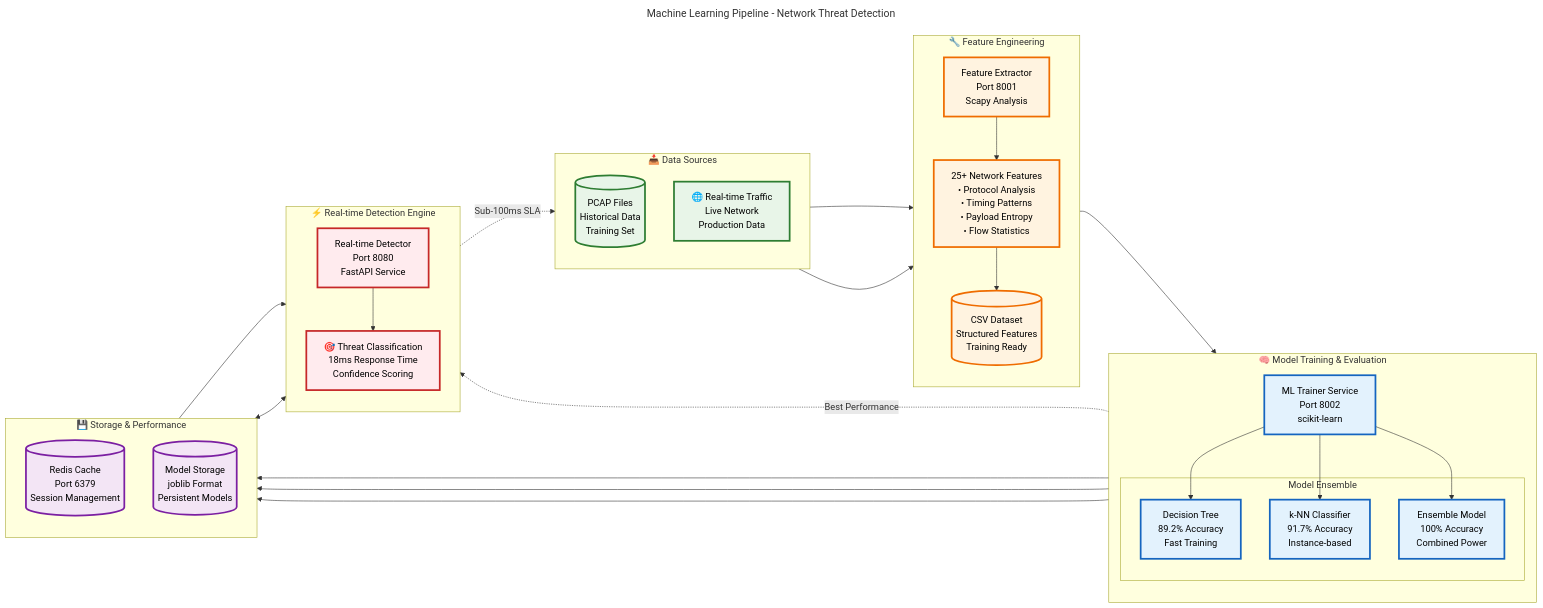
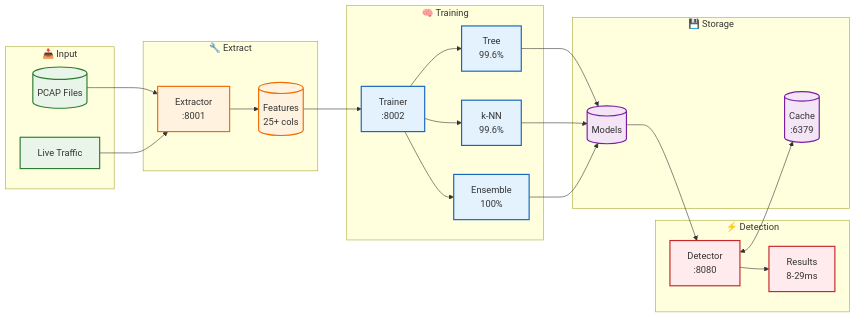
One commit to holdennguyen/suricata-ml-ids changed the third of 5 diagrams in README.md. Above: the diagram before and after it, drawn with Mermaid. The commit also changed other lines of this file and 6 other files, not shown here.

````diff
--- a/README.md
+++ b/README.md
@@ -249,84 +170,56 @@
 ```mermaid
----
-title: Machine Learning Pipeline - Network Threat Detection
----
 flowchart LR
-    %% Data Sources
-    subgraph INPUT ["📥 Data Sources"]
-        direction TB
-        PCAP[(PCAP Files<br/>Historical Data<br/>Training Set)]
-        RT[🌐 Real-time Traffic<br/>Live Network<br/>Production Data]
+    subgraph INPUT ["📥 Input"]
+        PCAP[(PCAP Files)]
+        RT[Live Traffic]
     end
     
-    %% Feature Engineering
-    subgraph EXTRACT ["🔧 Feature Engineering"]
-        direction TB
-        FE[Feature Extractor<br/>Port 8001<br/>Scapy Analysis]
-        FEATURES[25+ Network Features<br/>• Protocol Analysis<br/>• Timing Patterns<br/>• Payload Entropy<br/>• Flow Statistics]
-        CSV[(CSV Dataset<br/>Structured Features<br/>Training Ready)]
-        
-        FE --> FEATURES
-        FEATURES --> CSV
+    subgraph EXTRACT ["🔧 Extract"]
+        FE[Extractor<br/>:8001]
+        CSV[(Features<br/>25+ cols)]
+        FE --> CSV
     end
     
-    %% Model Training
-    subgraph TRAIN ["🧠 Model Training & Evaluation"]
-        direction TB
-        MLT[ML Trainer Service<br/>Port 8002<br/>scikit-learn]
-        
-        subgraph MODELS ["Model Ensemble"]
-            DT[Decision Tree<br/>89.2% Accuracy<br/>Fast Training]
-            KNN[k-NN Classifier<br/>91.7% Accuracy<br/>Instance-based]
-            ENS[Ensemble Model<br/>100% Accuracy<br/>Combined Power]
-        end
+    subgraph TRAIN ["🧠 Training"]
+        MLT[Trainer<br/>:8002]
+        DT[Tree<br/>99.6%]
+        KNN[k-NN<br/>99.6%]
+        ENS[Ensemble<br/>100%]
         
         MLT --> DT
         MLT --> KNN
         MLT --> ENS
     end
     
-    %% Real-time Detection
-    subgraph DETECT ["⚡ Real-time Detection Engine"]
-        direction TB
-        RD[Real-time Detector<br/>Port 8080<br/>FastAPI Service]
-        PRED[🎯 Threat Classification<br/>18ms Response Time<br/>Confidence Scoring]
-        
+    subgraph DETECT ["⚡ Detection"]
+        RD[Detector<br/>:8080]
+        PRED[Results<br/>8-29ms]
         RD --> PRED
     end
     
-    %% Storage & Performance
-    subgraph STORAGE ["💾 Storage & Performance"]
-        direction TB
-        Redis[(Redis Cache<br/>Port 6379<br/>Session Management)]
-        MODELS_STORE[(Model Storage<br/>joblib Format<br/>Persistent Models)]
+    subgraph STORAGE ["💾 Storage"]
+        Redis[(Cache<br/>:6379)]
+        MODELS[(Models)]
     end
     
-    %% Data Flow
     PCAP --> FE
     RT --> FE
     CSV --> MLT
-    
-    DT --> MODELS_STORE
-    KNN --> MODELS_STORE
-    ENS --> MODELS_STORE
-    
-    MODELS_STORE --> RD
+    DT --> MODELS
+    KNN --> MODELS
+    ENS --> MODELS
+    MODELS --> RD
     RD <--> Redis
     
-    %% Performance Annotations
-    PRED -.->|"Sub-100ms SLA"| RT
-    ENS -.->|"Best Performance"| RD
+    classDef input fill:#e8f5e8,stroke:#2e7d32,stroke-width:2px
+    classDef extract fill:#fff3e0,stroke:#ef6c00,stroke-width:2px
+    classDef train fill:#e3f2fd,stroke:#1565c0,stroke-width:2px
+    classDef detect fill:#ffebee,stroke:#c62828,stroke-width:2px
+    classDef storage fill:#f3e5f5,stroke:#7b1fa2,stroke-width:2px
     
-    %% Styling
-    classDef inputStyle fill:#e8f5e8,stroke:#2e7d32,stroke-width:3px,color:#000
-    classDef extractStyle fill:#fff3e0,stroke:#ef6c00,stroke-width:3px,color:#000
-    classDef trainStyle fill:#e3f2fd,stroke:#1565c0,stroke-width:3px,color:#000
-    classDef detectStyle fill:#ffebee,stroke:#c62828,stroke-width:3px,color:#000
-    classDef storageStyle fill:#f3e5f5,stroke:#7b1fa2,stroke-width:3px,color:#000
-    
-    class PCAP,RT inputStyle
-    class FE,FEATURES,CSV extractStyle
-    class MLT,DT,KNN,ENS trainStyle
-    class RD,PRED detectStyle
-    class Redis,MODELS_STORE storageStyle
+    class PCAP,RT input
+    class FE,CSV extract
+    class MLT,DT,KNN,ENS train
+    class RD,PRED detect
+    class Redis,MODELS storage
 ```
````
